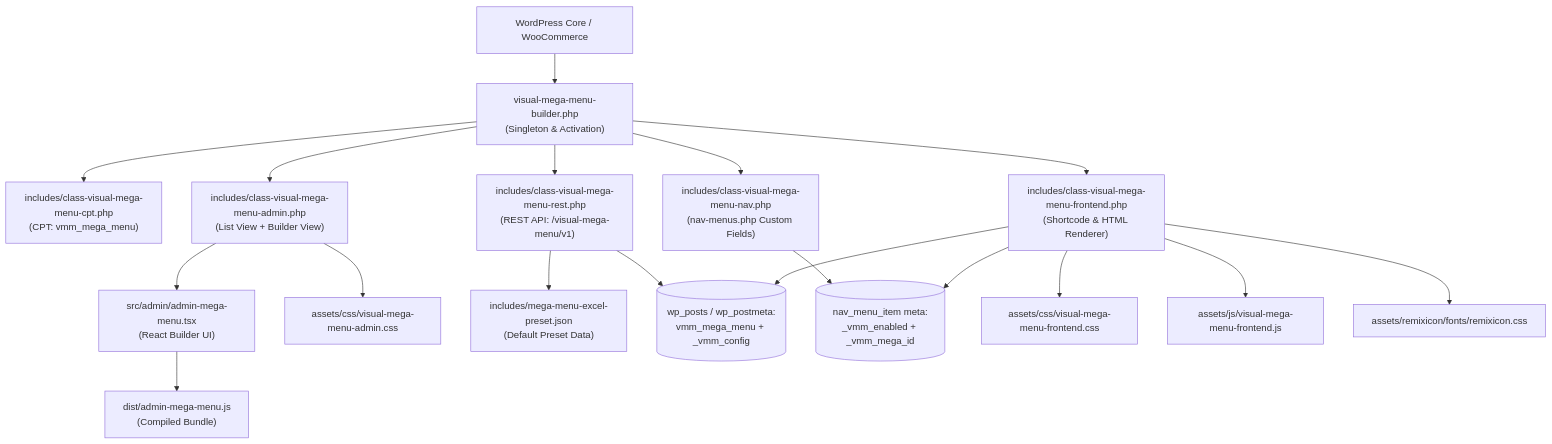
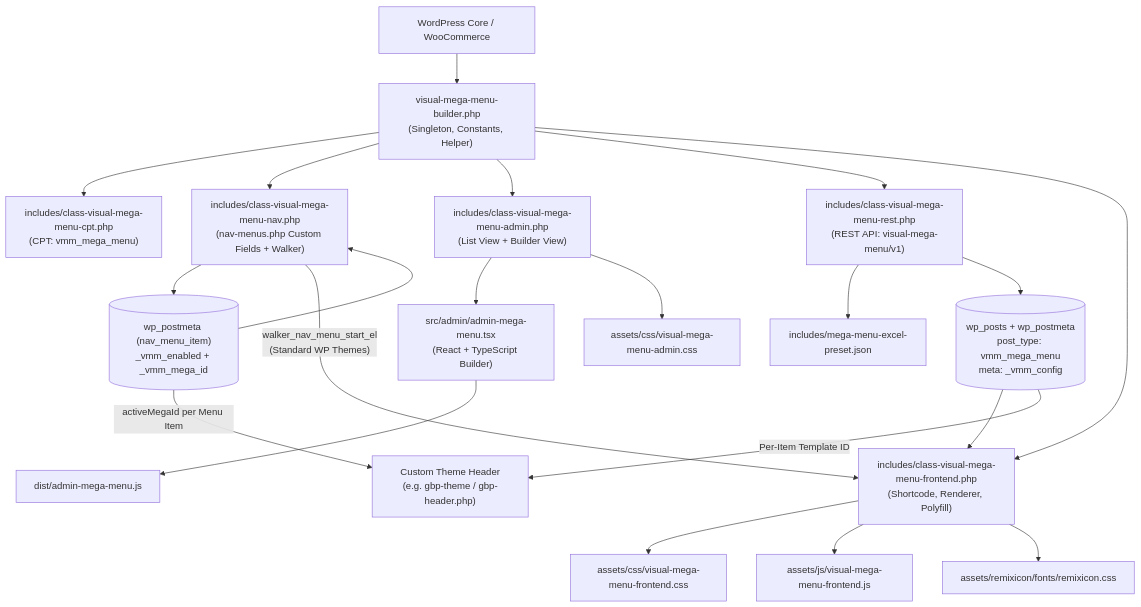
Before and after one commit to apkgap/visual-mega-menu-builder: the first of 2 diagrams in README.md, drawn with Mermaid. The commit also changed other lines of this file, not shown here.

Commit message:
docs: expand README with detailed sitemap, ER schema, JSON structure, and usage guide

````diff
--- a/README.md
+++ b/README.md
@@ -75,24 +75,28 @@
 ```mermaid
 flowchart TD
-    WP["WordPress Core / WooCommerce"] --> Bootstrap["visual-mega-menu-builder.php\n(Singleton & Activation)"]
+    WP["WordPress Core / WooCommerce"] --> Bootstrap["visual-mega-menu-builder.php\n(Singleton, Constants, Helper)"]
 
     Bootstrap --> CPT["includes/class-visual-mega-menu-cpt.php\n(CPT: vmm_mega_menu)"]
-    Bootstrap --> Nav["includes/class-visual-mega-menu-nav.php\n(nav-menus.php Custom Fields)"]
+    Bootstrap --> Nav["includes/class-visual-mega-menu-nav.php\n(nav-menus.php Custom Fields + Walker)"]
     Bootstrap --> Admin["includes/class-visual-mega-menu-admin.php\n(List View + Builder View)"]
-    Bootstrap --> REST["includes/class-visual-mega-menu-rest.php\n(REST API: /visual-mega-menu/v1)"]
-    Bootstrap --> Frontend["includes/class-visual-mega-menu-frontend.php\n(Shortcode & HTML Renderer)"]
+    Bootstrap --> REST["includes/class-visual-mega-menu-rest.php\n(REST API: visual-mega-menu/v1)"]
+    Bootstrap --> Frontend["includes/class-visual-mega-menu-frontend.php\n(Shortcode, Renderer, Polyfill)"]
 
-    Admin --> ReactApp["src/admin/admin-mega-menu.tsx\n(React Builder UI)"]
-    ReactApp --> BuiltJS["dist/admin-mega-menu.js\n(Compiled Bundle)"]
+    Admin --> ReactApp["src/admin/admin-mega-menu.tsx\n(React + TypeScript Builder)"]
+    ReactApp --> BuiltJS["dist/admin-mega-menu.js"]
     Admin --> AdminCSS["assets/css/visual-mega-menu-admin.css"]
 
-    REST --> Preset["includes/mega-menu-excel-preset.json\n(Default Preset Data)"]
-    REST --> CPTMeta[("wp_posts / wp_postmeta:\nvmm_mega_menu + _vmm_config")]
-    Nav --> NavMeta[("nav_menu_item meta:\n_vmm_enabled + _vmm_mega_id")]
+    REST --> Preset["includes/mega-menu-excel-preset.json"]
+    REST --> CPTMeta[("wp_posts + wp_postmeta\npost_type: vmm_mega_menu\nmeta: _vmm_config")]
+    Nav --> NavMeta[("wp_postmeta (nav_menu_item)\n_vmm_enabled + _vmm_mega_id")]
 
-    Frontend --> CPTMeta
-    Frontend --> NavMeta
+    CPTMeta --> Frontend
+    NavMeta --> Nav
+    Nav -->|"walker_nav_menu_start_el\n(Standard WP Themes)"| Frontend
+    CPTMeta -->|"Per-Item Template ID"| ThemeHeader["Custom Theme Header\n(e.g. gbp-theme / gbp-header.php)"]
+    NavMeta -->|"activeMegaId per Menu Item"| ThemeHeader
+
     Frontend --> FrontCSS["assets/css/visual-mega-menu-frontend.css"]
     Frontend --> FrontJS["assets/js/visual-mega-menu-frontend.js"]
     Frontend --> Remix["assets/remixicon/fonts/remixicon.css"]
 ```
````
